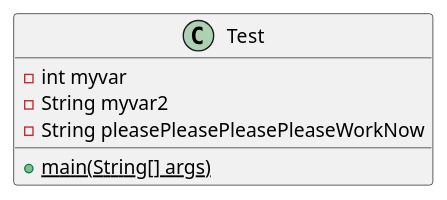
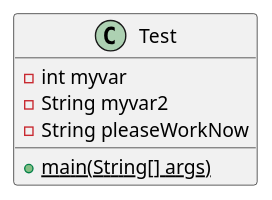
The diagram in docs/uml/test.puml (andrewdimmer/csi-3370-software-project-config-test), drawn with PlantUML before and after one commit.

```diff
--- a/docs/uml/test.puml
+++ b/docs/uml/test.puml
@@ -1,10 +1,10 @@
 @startuml test
 
 class Test {
     - int myvar
     - String myvar2
-    - String pleasePleasePleasePleaseWorkNow
+    - String pleaseWorkNow
     {static} + main(String[] args)
 }
 
 @enduml
```
